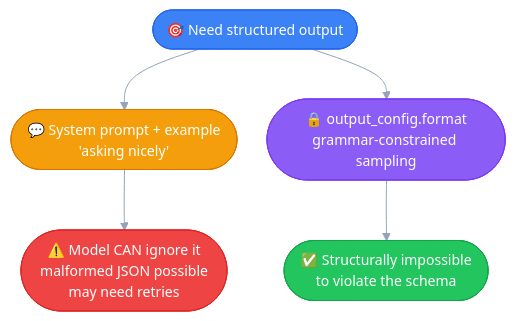
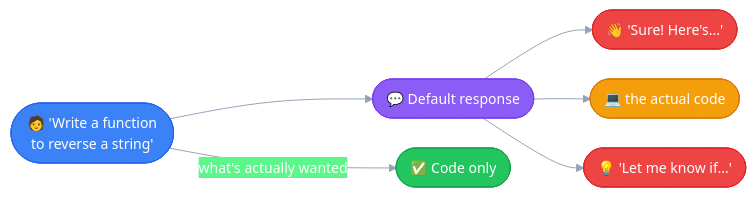
One commit to manthan-joshi-ai/claude-llm changed the first of 2 diagrams in _02_building_with_claude_api/06_structured_outputs.md. Above: the diagram before and after it, drawn with Mermaid. The commit also changed other lines of this file, not shown here.

First line of the commit message:
Rewrite Structured Outputs notes around the user's own explanation

````diff
--- a/_02_building_with_claude_api/06_structured_outputs.md
+++ b/_02_building_with_claude_api/06_structured_outputs.md
@@ -22,19 +11,21 @@
 ```mermaid
 %%{init: {"theme": "base", "themeVariables": {"primaryColor": "#8B5CF6", "primaryTextColor": "#ffffff", "primaryBorderColor": "#7C3AED", "lineColor": "#94A3B8", "fontFamily": "Segoe UI, sans-serif", "fontSize": "14px"}, "flowchart": {"htmlLabels": true, "padding": 18, "nodeSpacing": 30, "rankSpacing": 50}}}%%
-flowchart TB
-    P(["🎯 Need structured output"]) --> Soft(["💬 System prompt + example<br/>'asking nicely'"])
-    P --> Hard(["🔒 output_config.format<br/>grammar-constrained sampling"])
-    Soft --> S1(["⚠️ Model CAN ignore it<br/>malformed JSON possible<br/>may need retries"])
-    Hard --> H1(["✅ Structurally impossible<br/>to violate the schema"])
+flowchart LR
+    Ask(["🧑 'Write a function<br/>to reverse a string'"]) --> Default(["💬 Default response"])
+    Default --> Greet(["👋 'Sure! Here's...'"])
+    Default --> Code(["💻 the actual code"])
+    Default --> Follow(["💡 'Let me know if...'"])
+    Ask -->|"what's actually wanted"| Wanted(["✅ Code only"])
 
-    classDef prob fill:#3B82F6,stroke:#2563EB,color:#ffffff
-    classDef soft fill:#F59E0B,stroke:#D97706,color:#ffffff
-    classDef hard fill:#8B5CF6,stroke:#7C3AED,color:#ffffff
-    classDef warn fill:#EF4444,stroke:#DC2626,color:#ffffff
-    classDef good fill:#22C55E,stroke:#16A34A,color:#ffffff
-    class P prob
-    class Soft soft
-    class Hard hard
-    class S1 warn
-    class H1 good
+    classDef ask fill:#3B82F6,stroke:#2563EB,color:#ffffff
+    classDef def fill:#8B5CF6,stroke:#7C3AED,color:#ffffff
+    classDef extra fill:#EF4444,stroke:#DC2626,color:#ffffff
+    classDef code fill:#F59E0B,stroke:#D97706,color:#ffffff
+    classDef want fill:#22C55E,stroke:#16A34A,color:#ffffff
+    class Ask ask
+    class Default def
+    class Greet extra
+    class Follow extra
+    class Code code
+    class Wanted want
 ```
````
